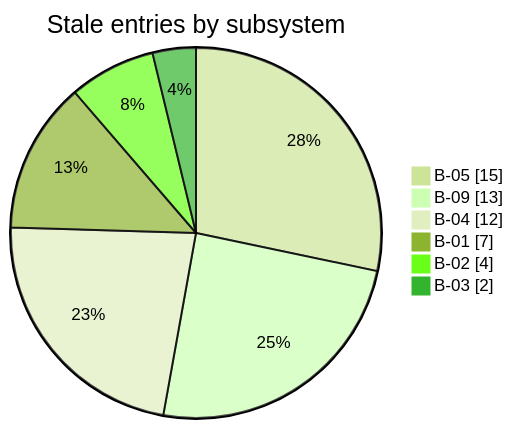
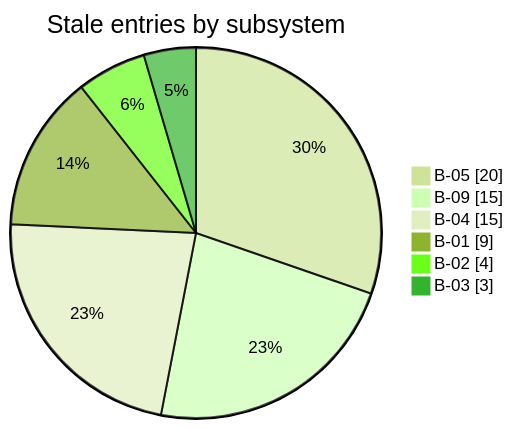
One commit to nfeldman/amanuensis changed the diagram in docs/architecture.md. Above: the diagram before and after it, drawn with Mermaid (forest theme). The commit also changed other lines of this file and 56 other files, not shown here.

````diff
--- a/docs/architecture.md
+++ b/docs/architecture.md
@@ -61,10 +61,10 @@
 ```mermaid
 pie showData
     title Stale entries by subsystem
-    "B-05" : 15
-    "B-09" : 13
-    "B-04" : 12
-    "B-01" : 7
+    "B-05" : 20
+    "B-09" : 15
+    "B-04" : 15
+    "B-01" : 9
     "B-02" : 4
-    "B-03" : 2
+    "B-03" : 3
 ```
````
